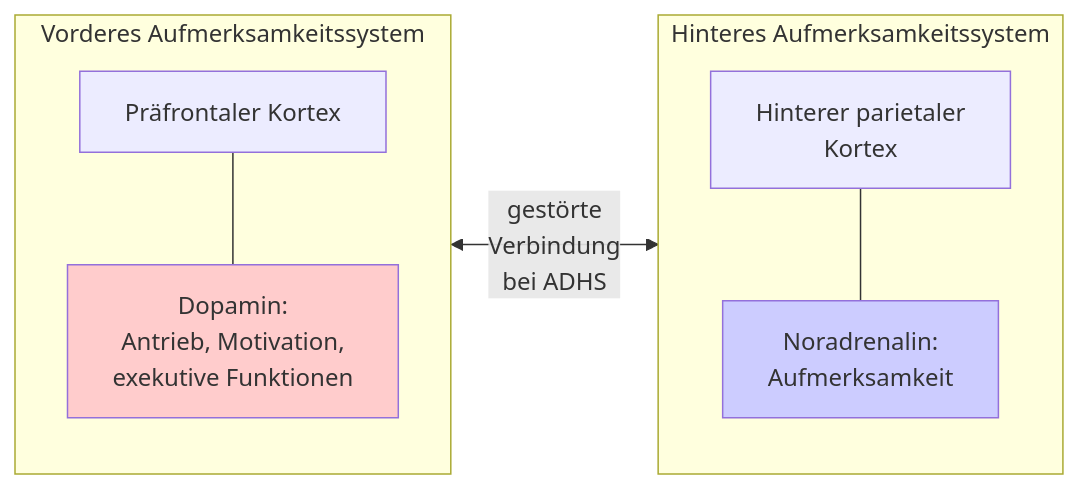
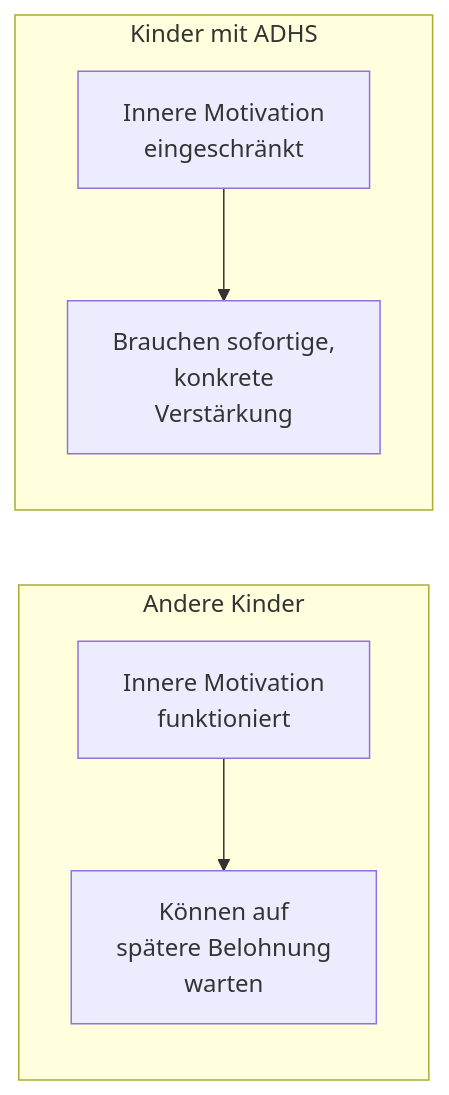
Before and after one commit to silas-hartmann/silas-hartmann.github.io: the seventh of 8 diagrams in Aufmerksamkeit_ADHS/01_ADHS-Definition_und_Diagnose.md, drawn with Mermaid. The commit also changed other lines of this file and 19 other files, not shown here.

````diff
--- a/Aufmerksamkeit_ADHS/01_ADHS-Definition_und_Diagnose.md
+++ b/Aufmerksamkeit_ADHS/01_ADHS-Definition_und_Diagnose.md
@@ -374,19 +347,10 @@
 ```mermaid
 flowchart LR
-    subgraph Vorne["Vorderes Aufmerksamkeitssystem"]
-        PFC2["Präfrontaler Kortex"]
-        DA["Dopamin:<br>Antrieb, Motivation,<br>exekutive Funktionen"]
-        PFC2 --- DA
+    subgraph Normal["Andere Kinder"]
+        N1["Innere Motivation<br>funktioniert"] --> N2["Können auf<br>spätere Belohnung<br>warten"]
     end
     
-    subgraph Hinten["Hinteres Aufmerksamkeitssystem"]
-        PAR["Hinterer parietaler<br>Kortex"]
-        NA2["Noradrenalin:<br>Aufmerksamkeit"]
-        PAR --- NA2
+    subgraph ADHS_Kind["Kinder mit ADHS"]
+        A1["Innere Motivation<br>eingeschränkt"] --> A2["Brauchen sofortige,<br>konkrete<br>Verstärkung"]
     end
-    
-    Vorne <-->|"gestörte<br>Verbindung<br>bei ADHS"| Hinten
-    
-    style DA fill:#ffcccc
-    style NA2 fill:#ccccff
 ```
````
